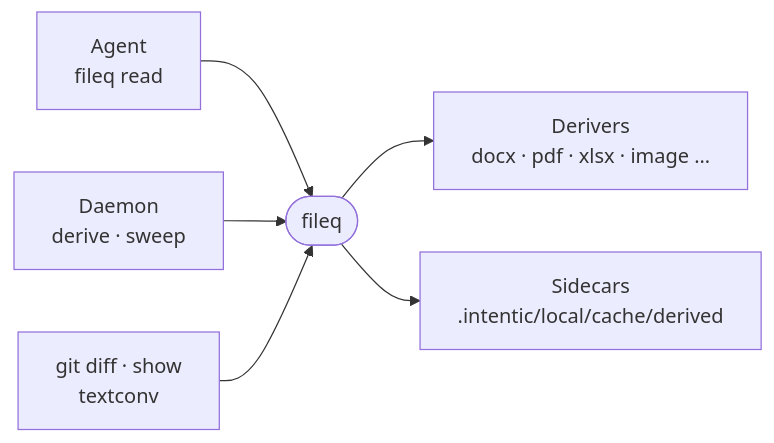
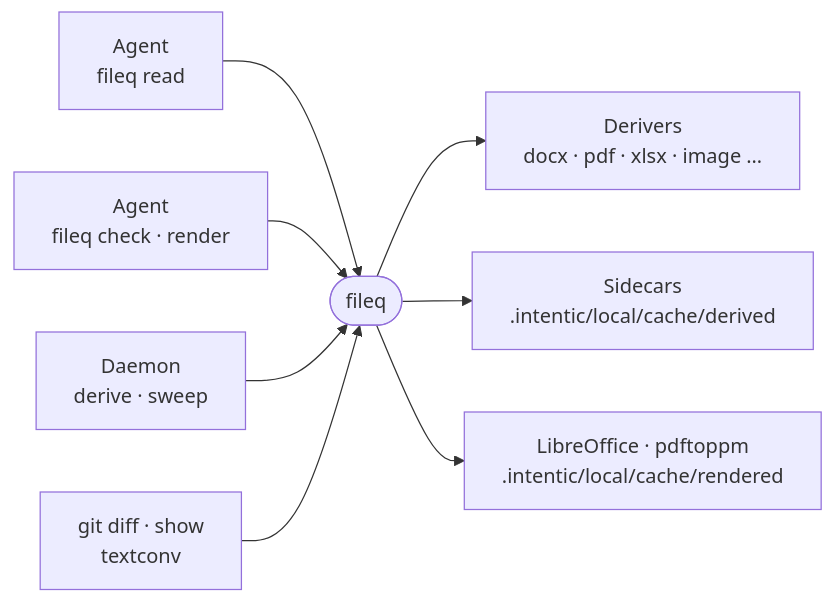
One commit to intentic/intentic changed the diagram in _sandbox/fileq/README.md. Above: the diagram before and after it, drawn with Mermaid. The commit also changed other lines of this file and 222 other files, not shown here.

````diff
--- a/_sandbox/fileq/README.md
+++ b/_sandbox/fileq/README.md
@@ -5,8 +5,10 @@
 ```mermaid
 flowchart LR
     agent["Agent<br/>fileq read"] --> fileq(["fileq"])
+    maker["Agent<br/>fileq check · render"] --> fileq
     daemon["Daemon<br/>derive · sweep"] --> fileq
     git["git diff · show<br/>textconv"] --> fileq
     fileq --> derivers["Derivers<br/>docx · pdf · xlsx · image …"]
     fileq --> sidecars["Sidecars<br/>.intentic/local/cache/derived"]
+    fileq --> tools["LibreOffice · pdftoppm<br/>.intentic/local/cache/rendered"]
 ```
````
